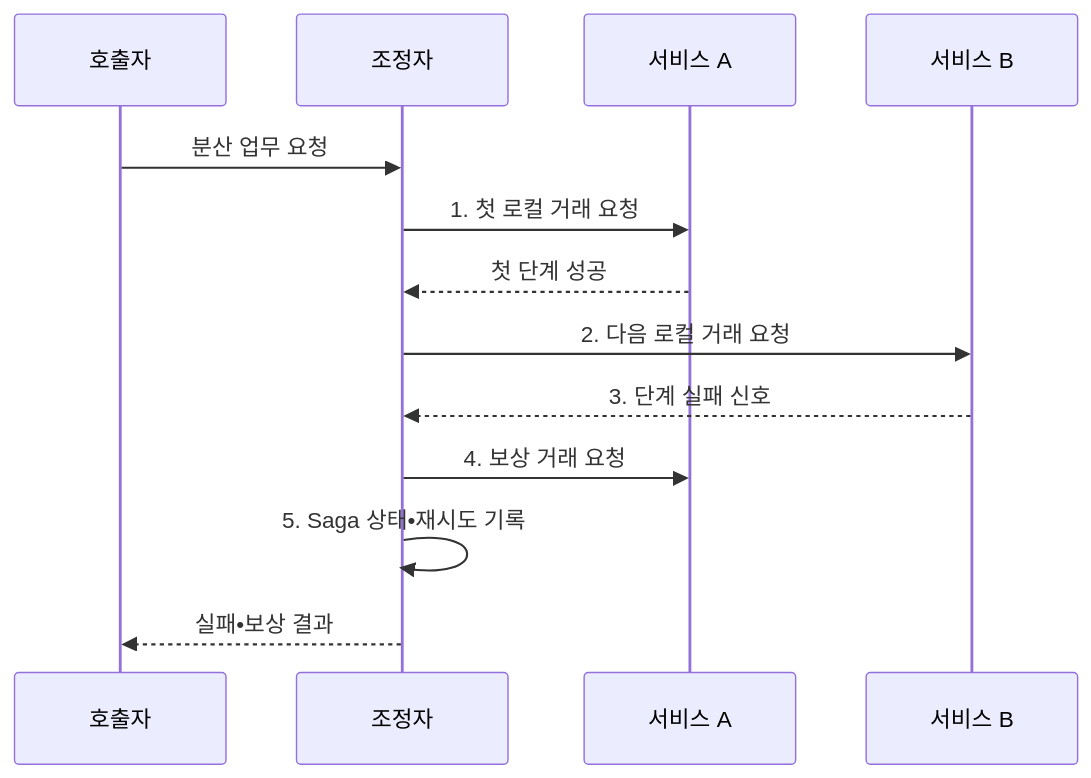
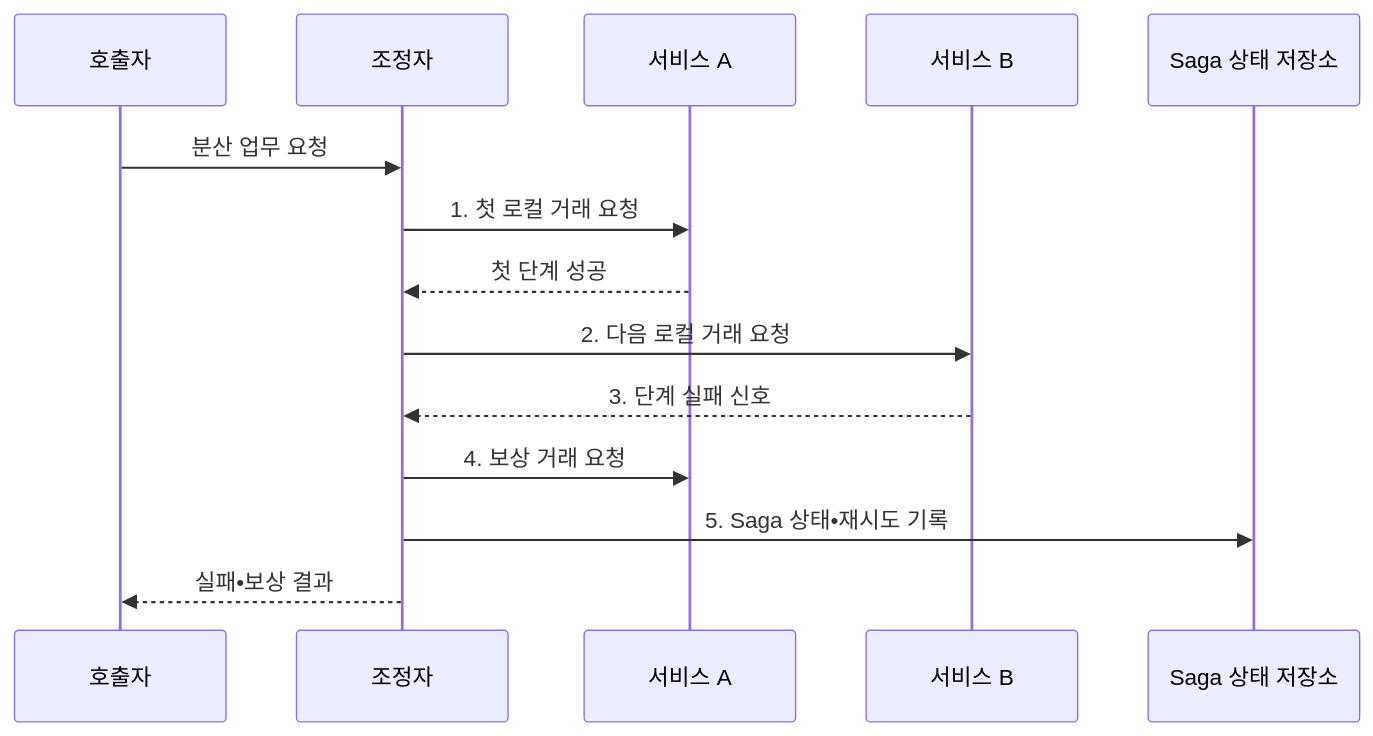
The second of 2 diagrams in src/content/docs/notes/03-software/179_saga_vs_2pc.md (agnusdei1207/knowledge-base), drawn with Mermaid before and after one commit. The commit also changed other lines of this file and 8 other files, not shown here.

````diff
--- a/src/content/docs/notes/03-software/179_saga_vs_2pc.md
+++ b/src/content/docs/notes/03-software/179_saga_vs_2pc.md
@@ -114,15 +114,16 @@
 ```mermaid
 sequenceDiagram
     participant C as 호출자
     participant O as 조정자
     participant A as 서비스 A
     participant B as 서비스 B
+    participant S as Saga 상태 저장소
     C->>O: 분산 업무 요청
     O->>A: 1. 첫 로컬 거래 요청
     A-->>O: 첫 단계 성공
     O->>B: 2. 다음 로컬 거래 요청
     B-->>O: 3. 단계 실패 신호
     O->>A: 4. 보상 거래 요청
-    O->>O: 5. Saga 상태•재시도 기록
+    O->>S: 5. Saga 상태•재시도 기록
     O-->>C: 실패•보상 결과
 ```
````
